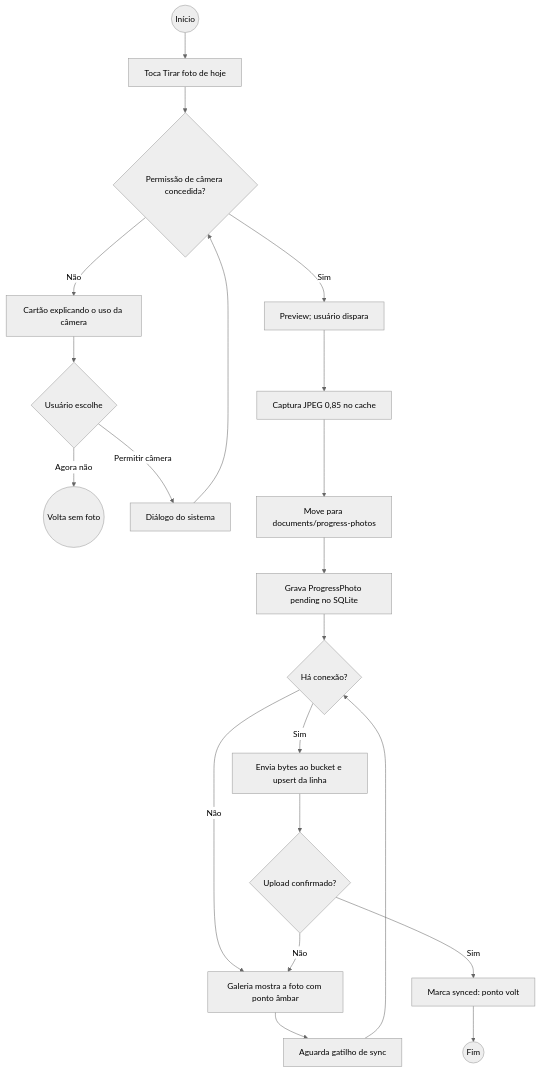
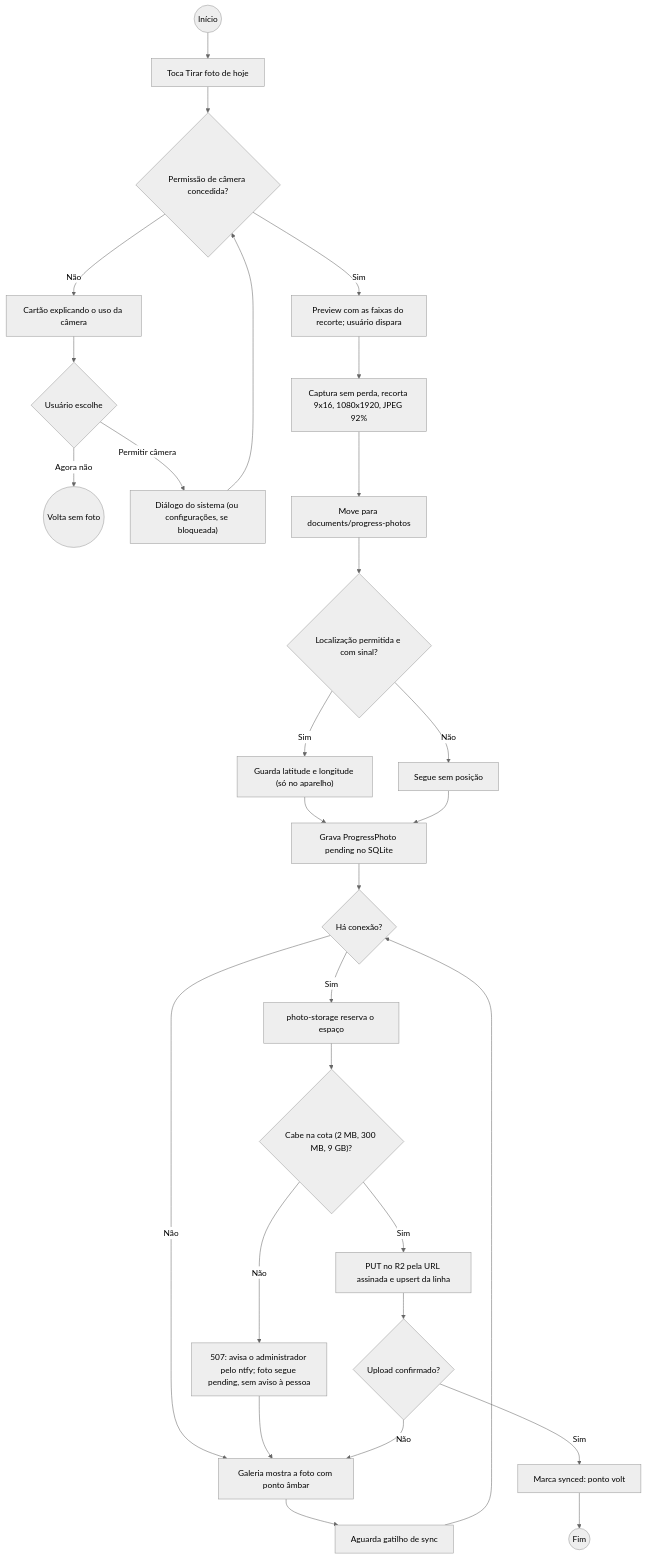
Before and after one commit to Pexiss-18/PX-Gym: the second of 6 diagrams in docs/08-atividades.md, drawn with Mermaid (neutral theme). The commit also changed other lines of this file and 20 other files, not shown here.

````diff
--- a/docs/08-atividades.md
+++ b/docs/08-atividades.md
@@ -38,23 +38,31 @@
 ```mermaid
 flowchart TD
     Start((Início)) --> A1["Toca Tirar foto de hoje"]
     A1 --> D1{"Permissão de câmera concedida?"}
     D1 -- Não --> A2["Cartão explicando o uso da câmera"]
     A2 --> D2{"Usuário escolhe"}
     D2 -- Agora não --> Out((Volta sem foto))
-    D2 -- Permitir câmera --> A3["Diálogo do sistema"]
+    D2 -- Permitir câmera --> A3["Diálogo do sistema (ou configurações, se bloqueada)"]
     A3 --> D1
-    D1 -- Sim --> A4["Preview; usuário dispara"]
-    A4 --> A5["Captura JPEG 0,85 no cache"]
+    D1 -- Sim --> A4["Preview com as faixas do recorte; usuário dispara"]
+    A4 --> A5["Captura sem perda, recorta 9x16, 1080x1920, JPEG 92%"]
     A5 --> A6["Move para documents/progress-photos"]
-    A6 --> A7["Grava ProgressPhoto pending no SQLite"]
+    A6 --> D5{"Localização permitida e com sinal?"}
+    D5 -- Sim --> A6b["Guarda latitude e longitude (só no aparelho)"]
+    D5 -- Não --> A6c["Segue sem posição"]
+    A6b --> A7["Grava ProgressPhoto pending no SQLite"]
+    A6c --> A7
     A7 --> D3{"Há conexão?"}
     D3 -- Não --> A8["Galeria mostra a foto com ponto âmbar"]
     A8 --> A9["Aguarda gatilho de sync"]
     A9 --> D3
-    D3 -- Sim --> A10["Envia bytes ao bucket e upsert da linha"]
-    A10 --> D4{"Upload confirmado?"}
+    D3 -- Sim --> A10["photo-storage reserva o espaço"]
+    A10 --> D6{"Cabe na cota (2 MB, 300 MB, 9 GB)?"}
+    D6 -- Não --> A12["507: avisa o administrador pelo ntfy; foto segue pending, sem aviso à pessoa"]
+    A12 --> A8
+    D6 -- Sim --> A13["PUT no R2 pela URL assinada e upsert da linha"]
+    A13 --> D4{"Upload confirmado?"}
     D4 -- Sim --> A11["Marca synced: ponto volt"]
     D4 -- Não --> A8
     A11 --> End((Fim))
 ```
````
